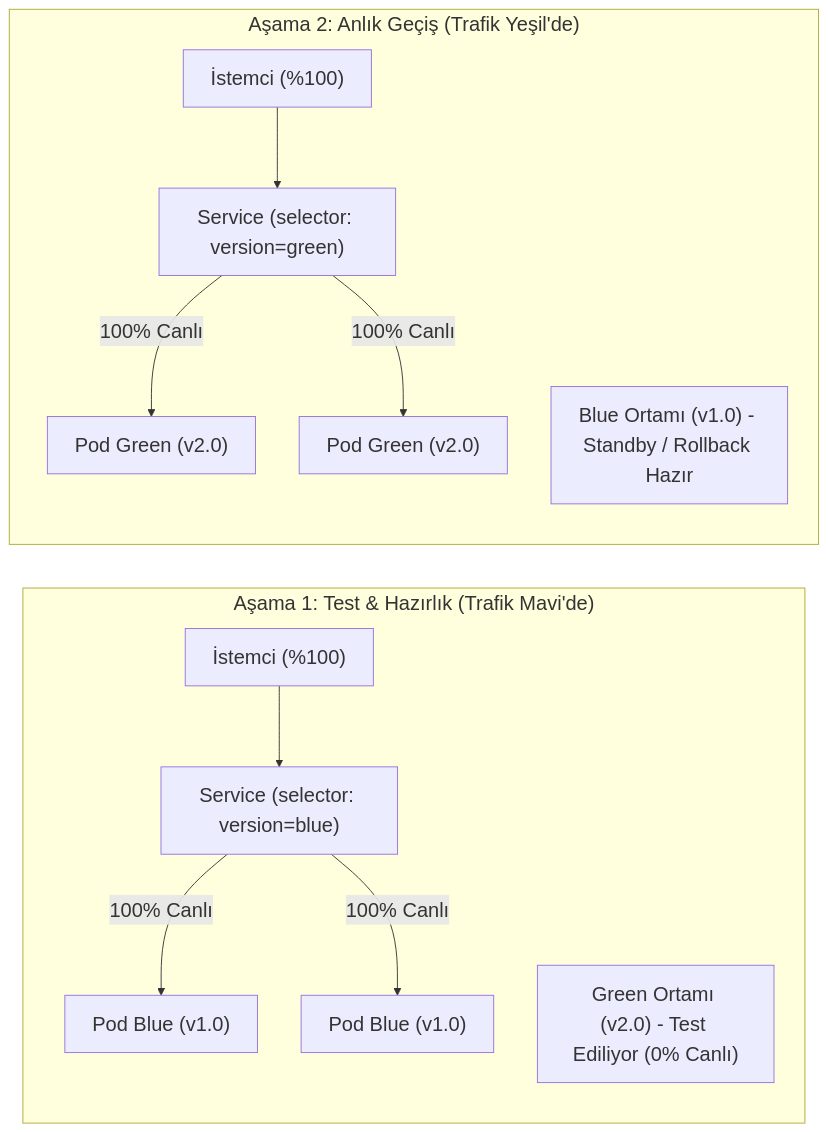
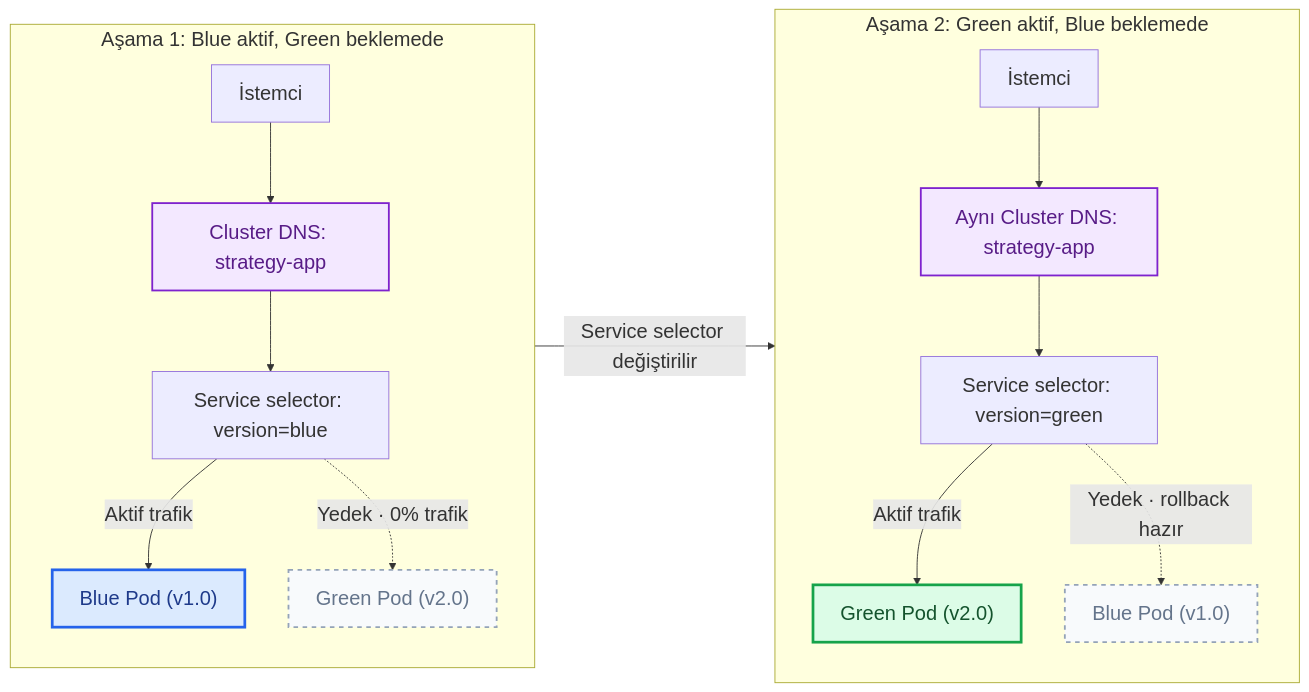
Before and after one commit to MTugce/k8s-labs: the third of 4 diagrams in lab-08-deployment-strategies/README.md, drawn with Mermaid.

Commit message:
Clarify Blue-Green active traffic stages

````diff
--- a/lab-08-deployment-strategies/README.md
+++ b/lab-08-deployment-strategies/README.md
@@ -299,18 +299,28 @@
 ```mermaid
 %%{init: {'themeVariables': {'fontSize': '22px'}, 'flowchart': {'nodeSpacing': 48, 'rankSpacing': 64, 'useMaxWidth': false}}}%%
 flowchart LR
   accTitle: Blue-Green trafik geçişi
-  accDescr: Trafiğin Blue sürümünden Green sürümüne aktarılmasını gösterir.
-  subgraph Before["Aşama 1: Test & Hazırlık (Trafik Mavi'de)"]
+  accDescr: Aynı Kubernetes Service DNS adı üzerinden önce Blue sürümüne, sonra Service selector değişince Green sürümüne trafik aktarımını gösterir.
+  subgraph Stage1["Aşama 1: Blue aktif, Green beklemede"]
     direction TB
-    CB["İstemci (%100)"] --> SB["Service (selector: version=blue)"]
-    SB -->|100% Canlı| B1["Pod Blue (v1.0)"] & B2["Pod Blue (v1.0)"]
-    G_IDLE["Green Ortamı (v2.0) - Test Ediliyor (0% Canlı)"]
+    CB["İstemci"] --> DNS1["Cluster DNS: strategy-app"] --> SB["Service selector: version=blue"]
+    SB -->|Aktif trafik| B1["Blue Pod (v1.0)"]
+    SB -.->|Yedek · 0% trafik| G1["Green Pod (v2.0)"]
   end
-  subgraph After["Aşama 2: Anlık Geçiş (Trafik Yeşil'de)"]
+  subgraph Stage2["Aşama 2: Green aktif, Blue beklemede"]
     direction TB
-    CG["İstemci (%100)"] --> SG["Service (selector: version=green)"]
-    SG -->|100% Canlı| G1["Pod Green (v2.0)"] & G2["Pod Green (v2.0)"]
-    B_IDLE["Blue Ortamı (v1.0) - Standby / Rollback Hazır"]
+    CG["İstemci"] --> DNS2["Aynı Cluster DNS: strategy-app"] --> SG["Service selector: version=green"]
+    SG -->|Aktif trafik| G2["Green Pod (v2.0)"]
+    SG -.->|Yedek · rollback hazır| B2["Blue Pod (v1.0)"]
   end
+  Stage1 -->|Service selector değiştirilir| Stage2
+
+  classDef dns fill:#f3e8ff,stroke:#7e22ce,stroke-width:2px,color:#581c87
+  classDef blue fill:#dbeafe,stroke:#2563eb,stroke-width:3px,color:#1e3a8a
+  classDef green fill:#dcfce7,stroke:#16a34a,stroke-width:3px,color:#14532d
+  classDef standby fill:#f8fafc,stroke:#94a3b8,stroke-width:2px,stroke-dasharray:5 5,color:#64748b
+  class DNS1,DNS2 dns
+  class B1 blue
+  class G2 green
+  class B2,G1 standby
 ```
````
